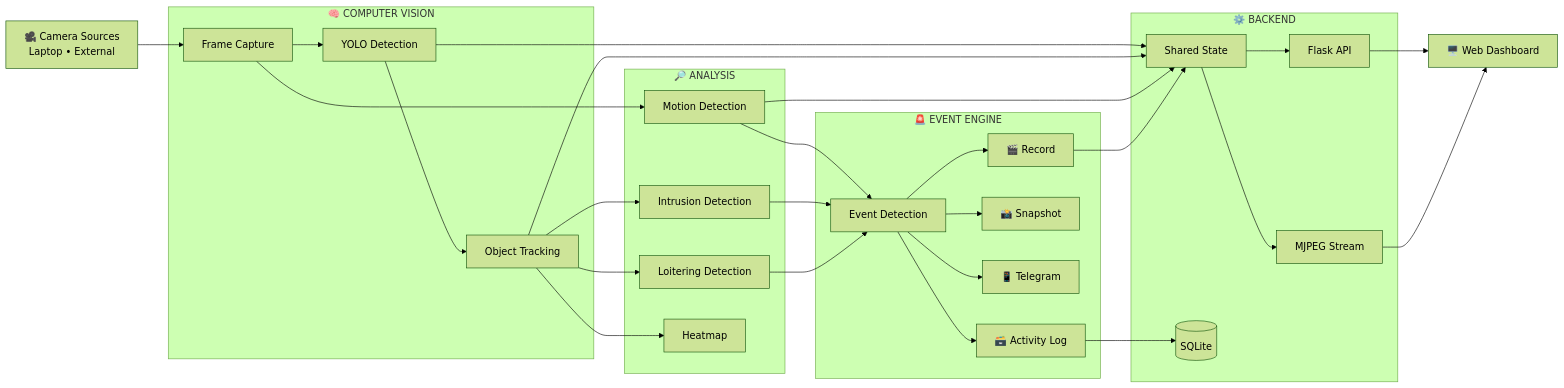
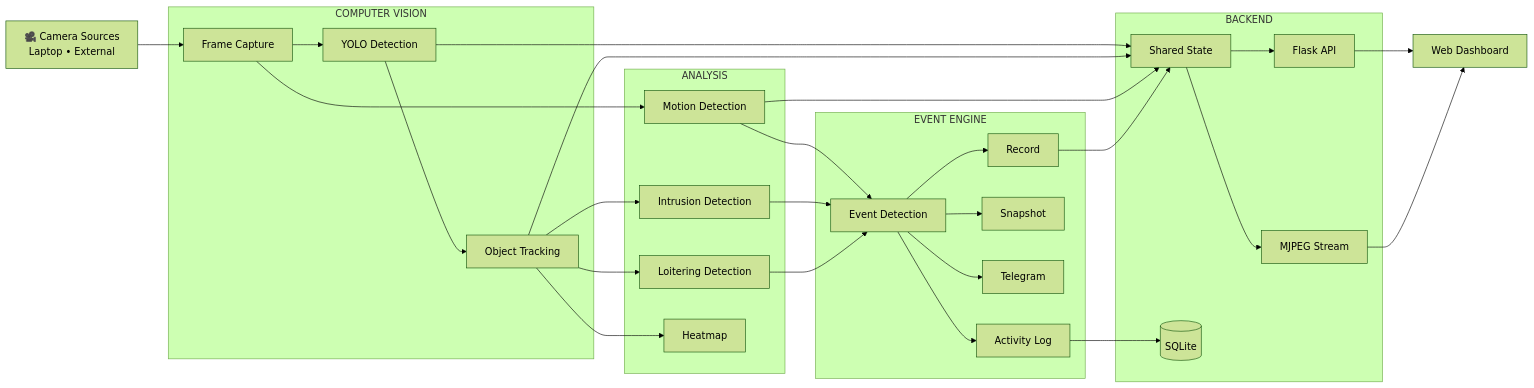
One commit to Saishh34/AI-Surveillance-v4 changed the diagram in README.md. Above: the diagram before and after it, drawn with Mermaid (forest theme). The commit also changed other lines of this file, not shown here.

````diff
--- a/README.md
+++ b/README.md
@@ -42,63 +42,63 @@
 ```mermaid
 flowchart LR
 
     CAM["🎥 Camera Sources<br/>Laptop • External"]
 
-    subgraph CV["🧠 COMPUTER VISION"]
+    subgraph CV[" COMPUTER VISION"]
         CAP["Frame Capture"]
         YOLO["YOLO Detection"]
         TRACK["Object Tracking"]
         CAP --> YOLO --> TRACK
     end
 
-    subgraph ANALYSIS["🔎 ANALYSIS"]
+    subgraph ANALYSIS[" ANALYSIS"]
         MOT["Motion Detection"]
         ZONE["Intrusion Detection"]
         LOITER["Loitering Detection"]
         HEAT["Heatmap"]
         TRACK --> ZONE
         TRACK --> LOITER
         TRACK --> HEAT
     end
 
-    subgraph EVENTS["🚨 EVENT ENGINE"]
+    subgraph EVENTS[" EVENT ENGINE"]
         ENGINE["Event Detection"]
-        RECORD["🎬 Record"]
-        SNAP["📸 Snapshot"]
-        ALERT["📱 Telegram"]
-        LOG["🗃️ Activity Log"]
+        RECORD[" Record"]
+        SNAP[" Snapshot"]
+        ALERT[" Telegram"]
+        LOG[" Activity Log"]
 
         ENGINE --> RECORD
         ENGINE --> SNAP
         ENGINE --> ALERT
         ENGINE --> LOG
     end
 
-    subgraph BACKEND["⚙️ BACKEND"]
+    subgraph BACKEND[" BACKEND"]
         STATE["Shared State"]
         API["Flask API"]
         STREAM["MJPEG Stream"]
         DB[("SQLite")]
     end
 
-    DASH["🖥️ Web Dashboard"]
+    DASH[" Web Dashboard"]
 
     CAM --> CAP
 
     CAP --> MOT
     MOT --> ENGINE
     ZONE --> ENGINE
     LOITER --> ENGINE
 
     YOLO --> STATE
     TRACK --> STATE
     MOT --> STATE
     RECORD --> STATE
 
     LOG --> DB
     STATE --> API
     STATE --> STREAM
 
     API --> DASH
     STREAM --> DASH
 ```
````
